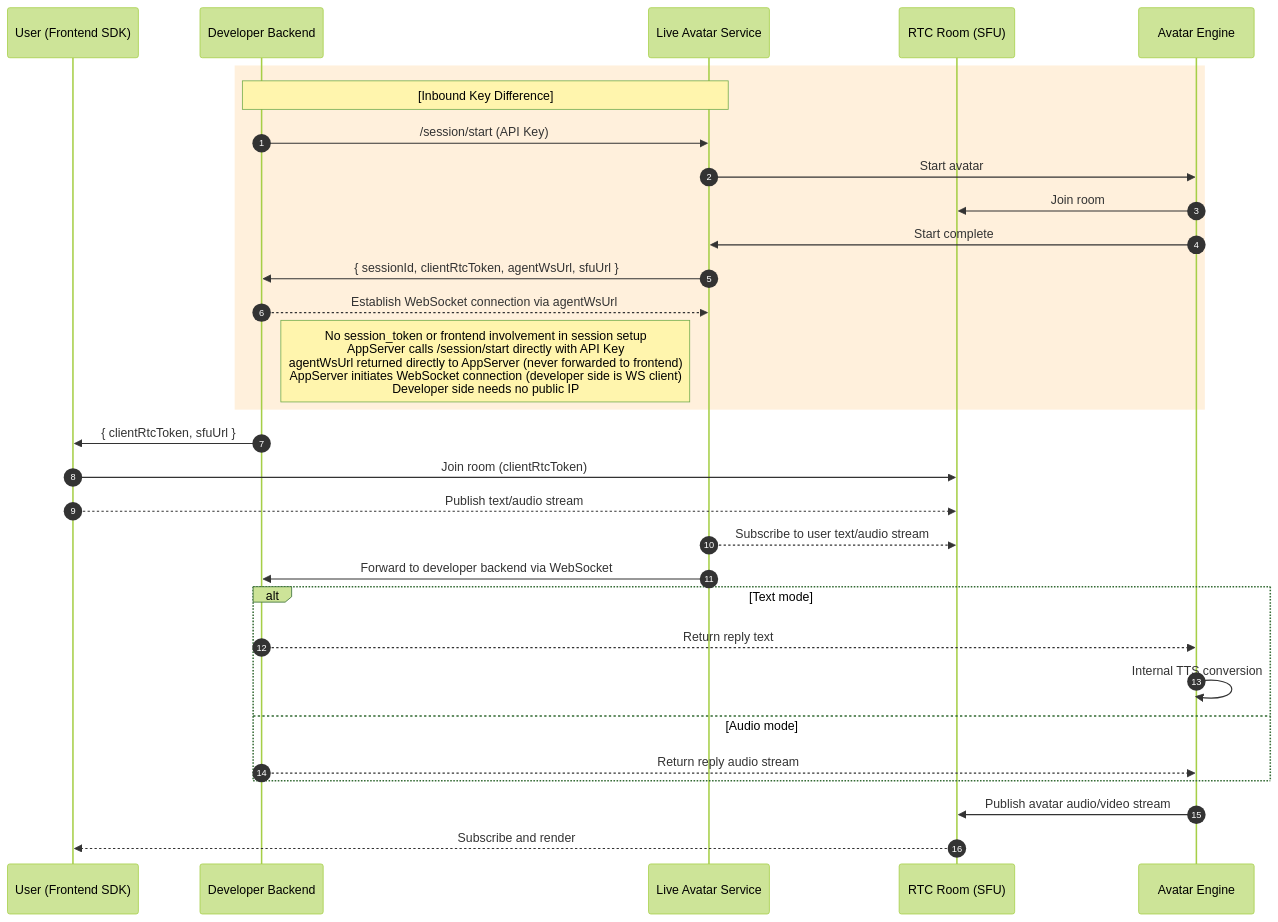
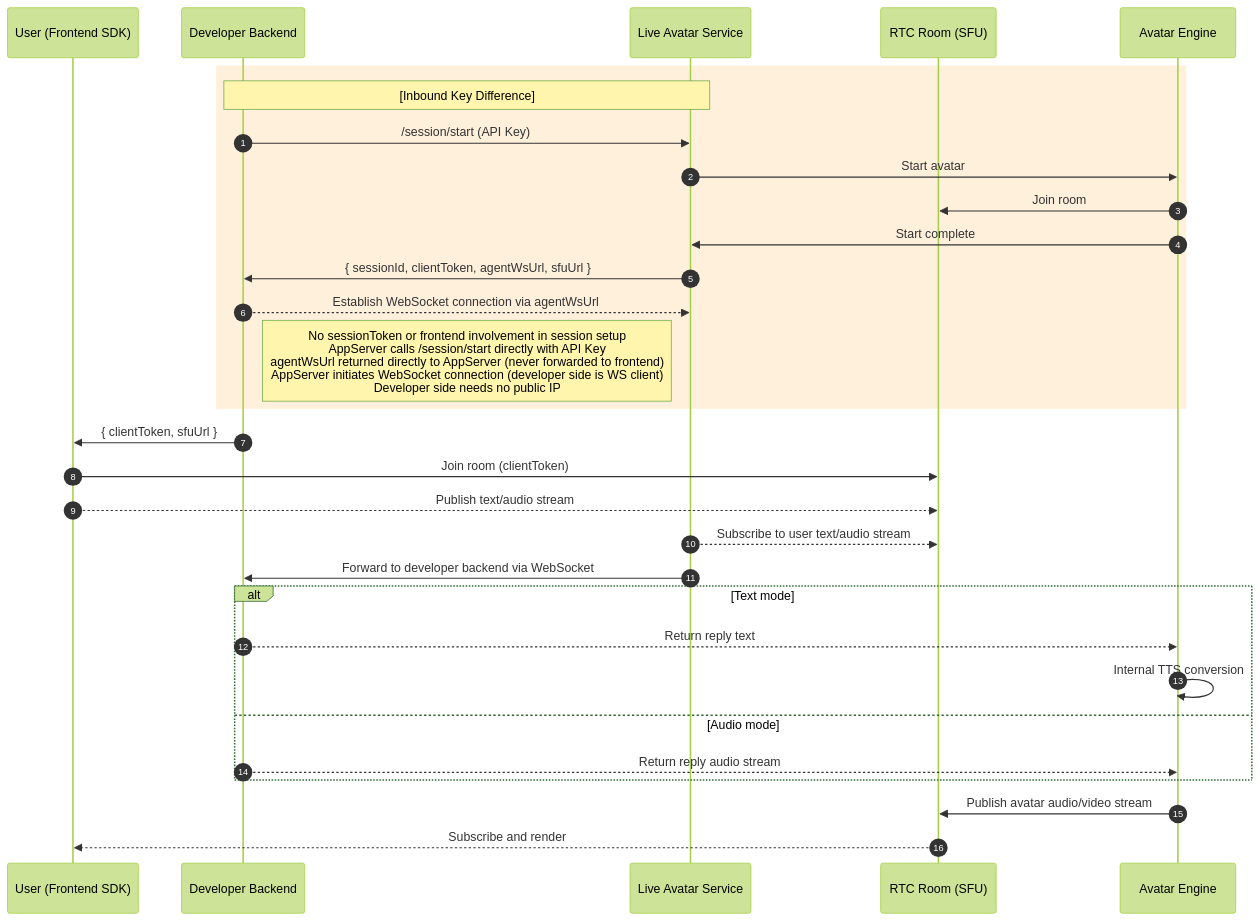
One commit to newportAI-lab/liveavatar-channel-python changed the first of 3 diagrams in PROTOCOL.md. Above: the diagram before and after it, drawn with Mermaid (forest theme). The commit also changed other lines of this file and 1 other file, not shown here.

````diff
--- a/PROTOCOL.md
+++ b/PROTOCOL.md
@@ -81,41 +81,41 @@
 ```mermaid
 sequenceDiagram
     autonumber
     participant User as User (Frontend SDK)
     participant AppServer as Developer Backend
     participant Platform as Live Avatar Service
     participant RTC as RTC Room (SFU)
     participant Avatar as Avatar Engine
 
     %% Key difference: entire session establishment is server-side only
     rect rgb(255, 240, 220)
     Note over AppServer, Platform: [Inbound Key Difference]
     AppServer->>Platform: /session/start (API Key)
     Platform->>Avatar: Start avatar
     Avatar->>RTC: Join room
     Avatar->>Platform: Start complete
-    Platform->>AppServer: { sessionId, clientRtcToken, agentWsUrl, sfuUrl }
+    Platform->>AppServer: { sessionId, clientToken, agentWsUrl, sfuUrl }
     AppServer-->>Platform: Establish WebSocket connection via agentWsUrl
-    Note right of AppServer: No session_token or frontend involvement in session setup<br/>AppServer calls /session/start directly with API Key<br/>agentWsUrl returned directly to AppServer (never forwarded to frontend)<br/>AppServer initiates WebSocket connection (developer side is WS client)<br/>Developer side needs no public IP
+    Note right of AppServer: No sessionToken or frontend involvement in session setup<br/>AppServer calls /session/start directly with API Key<br/>agentWsUrl returned directly to AppServer (never forwarded to frontend)<br/>AppServer initiates WebSocket connection (developer side is WS client)<br/>Developer side needs no public IP
     end
-    AppServer->>User: { clientRtcToken, sfuUrl }
+    AppServer->>User: { clientToken, sfuUrl }
 
     %% 2. RTC link establishment
-    User->>RTC: Join room (clientRtcToken)
+    User->>RTC: Join room (clientToken)
     User-->>RTC: Publish text/audio stream
 
     %% 3. Core business loop
     Platform-->>RTC: Subscribe to user text/audio stream
     Platform->>AppServer: Forward to developer backend via WebSocket
 
     alt Text mode
         AppServer-->>Avatar: Return reply text
         Avatar->>Avatar: Internal TTS conversion
     else Audio mode
         AppServer-->>Avatar: Return reply audio stream
     end
 
     %% 4. Avatar feedback
     Avatar->>RTC: Publish avatar audio/video stream
     RTC-->>User: Subscribe and render
 ```
````
